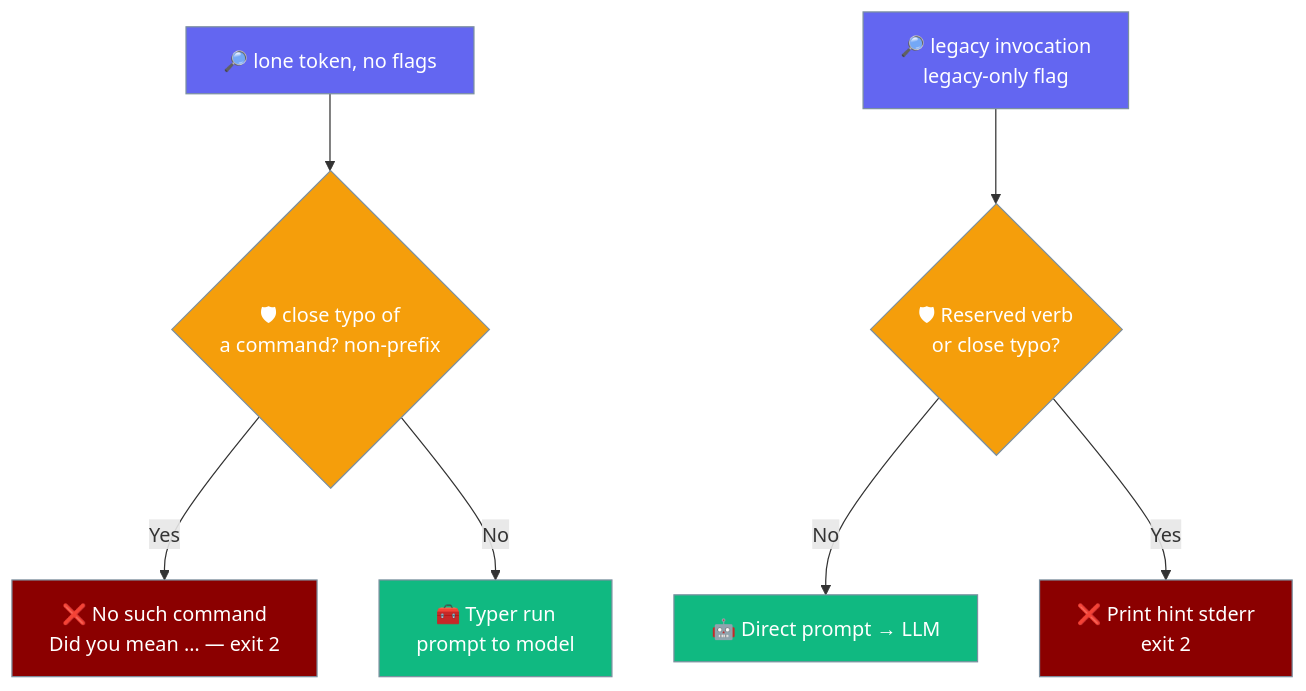
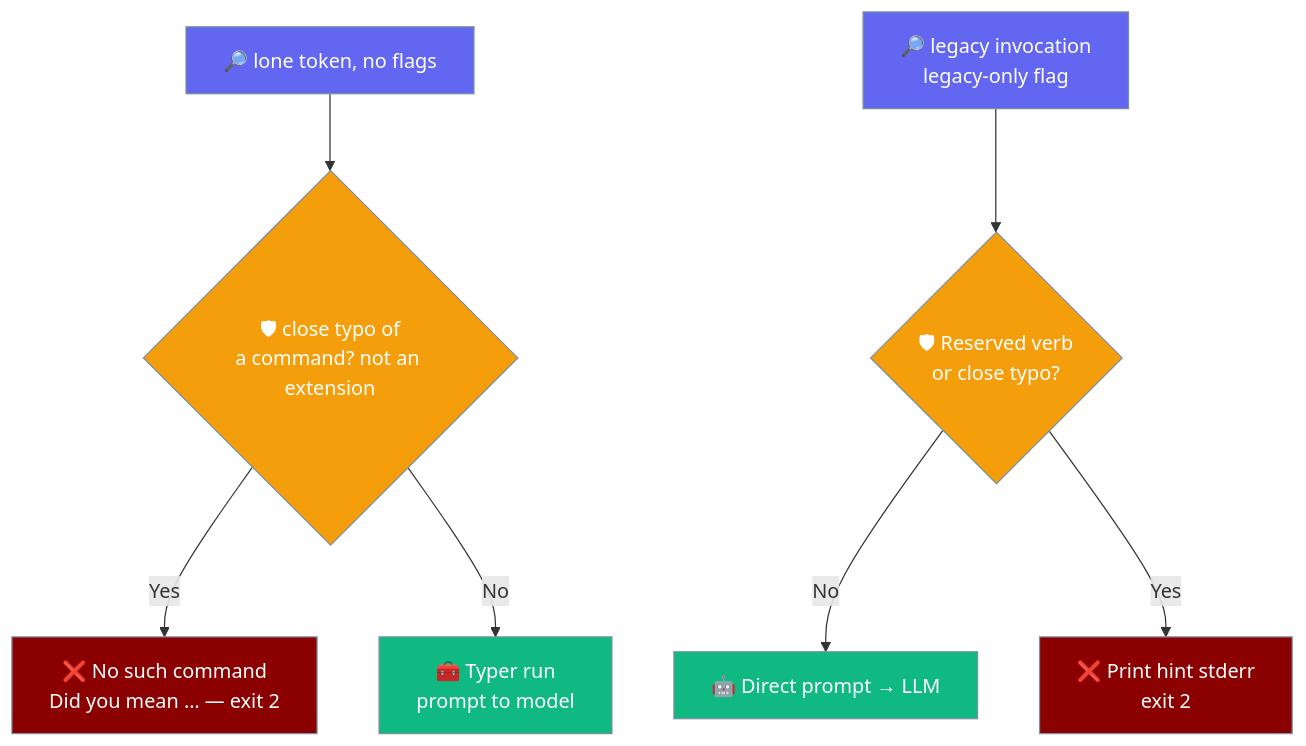
Before and after one commit to MervinPraison/PraisonAIDocs: the fifth of 5 diagrams in docs/features/cli-dispatcher.mdx, drawn with Mermaid. The commit also changed other lines of this file, not shown here.

````diff
--- a/docs/features/cli-dispatcher.mdx
+++ b/docs/features/cli-dispatcher.mdx
@@ -396,19 +404,19 @@
 ```mermaid
 graph TB
-    Bare[🔎 lone token, no flags] --> M{🛡 close typo of<br/>a command? non-prefix}
+    Bare[🔎 lone token, no flags] --> M{🛡 close typo of<br/>a command? not an extension}
     M -->|Yes| Guard[❌ No such command<br/>Did you mean … — exit 2]
     M -->|No| Run[🧰 Typer run<br/>prompt to model]
     Flagged[🔎 legacy invocation<br/>legacy-only flag] --> G{🛡 Reserved verb<br/>or close typo?}
     G -->|No| Prompt[🤖 Direct prompt → LLM]
     G -->|Yes| Guard2[❌ Print hint stderr<br/>exit 2]
 
     classDef input fill:#6366F1,stroke:#7C90A0,color:#fff
     classDef check fill:#F59E0B,stroke:#7C90A0,color:#fff
     classDef route fill:#10B981,stroke:#7C90A0,color:#fff
     classDef agent fill:#8B0000,stroke:#7C90A0,color:#fff
 
     class Bare,Flagged input
     class M,G check
     class Run,Prompt route
     class Guard,Guard2 agent
 ```
````
